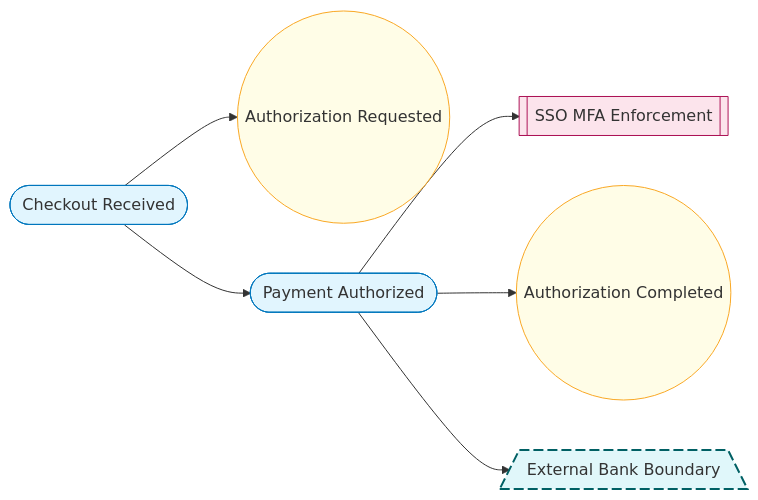
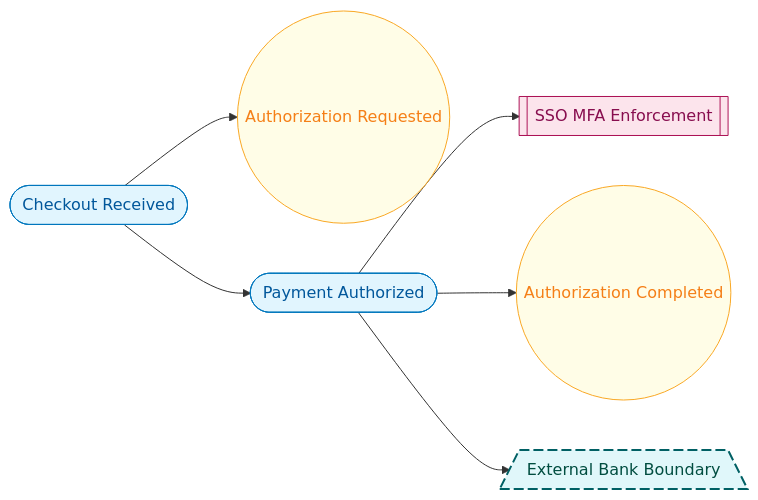
Before and after one commit to labeth/engineering-model-go: the diagram in examples/payments-engineering-sample/generated/VIEW-STATE-LIFECYCLE.mmd, drawn with Mermaid. The commit also changed 66 other files, not shown here.

Commit message:
Add first-class architecture decision records

```diff
--- a/examples/payments-engineering-sample/generated/VIEW-STATE-LIFECYCLE.mmd
+++ b/examples/payments-engineering-sample/generated/VIEW-STATE-LIFECYCLE.mmd
@@ -1,28 +1,34 @@
 flowchart LR
 %% view: VIEW-STATE-LIFECYCLE (state-lifecycle)
 N_CTRL_PAYMENTS_SSO_MFA[["SSO MFA Enforcement"]]:::control
 N_EVT_PAYMENTS_AUTH_COMPLETED(("Authorization Completed")):::event
 N_EVT_PAYMENTS_AUTH_REQUESTED(("Authorization Requested")):::event
 N_STATE_PAYMENTS_AUTHORIZED(["Payment Authorized"]):::state
 N_STATE_PAYMENTS_CHECKOUT_RECEIVED(["Checkout Received"]):::state
 N_TB_PAYMENTS_EXTERNAL_BANK[/"External Bank Boundary"\]:::trust_boundary
 N_STATE_PAYMENTS_AUTHORIZED --> N_CTRL_PAYMENTS_SSO_MFA
 N_STATE_PAYMENTS_AUTHORIZED --> N_EVT_PAYMENTS_AUTH_COMPLETED
 N_STATE_PAYMENTS_AUTHORIZED --> N_TB_PAYMENTS_EXTERNAL_BANK
 N_STATE_PAYMENTS_CHECKOUT_RECEIVED --> N_EVT_PAYMENTS_AUTH_REQUESTED
 N_STATE_PAYMENTS_CHECKOUT_RECEIVED --> N_STATE_PAYMENTS_AUTHORIZED
-classDef functional_group fill:#e8f5e9,stroke:#1b5e20,stroke-width:1px;
-classDef functional_unit fill:#e3f2fd,stroke:#0d47a1,stroke-width:1px;
-classDef actor fill:#fff8e1,stroke:#ef6c00,stroke-width:1px;
-classDef attack_vector fill:#ffebee,stroke:#b71c1c,stroke-width:1px;
-classDef referenced_element fill:#f3e5f5,stroke:#6a1b9a,stroke-width:1px;
-classDef interface fill:#e8f5e9,stroke:#2e7d32,stroke-width:2px,stroke-dasharray: 6 3;
-classDef data_object fill:#fff3e0,stroke:#ef6c00,stroke-width:2px,stroke-dasharray: 2 2;
-classDef deployment_target fill:#ede7f6,stroke:#5e35b1,stroke-width:1px;
-classDef control fill:#fce4ec,stroke:#ad1457,stroke-width:1px;
-classDef trust_boundary fill:#e0f7fa,stroke:#006064,stroke-width:2px,stroke-dasharray: 10 4;
-classDef state fill:#e1f5fe,stroke:#0277bd,stroke-width:1px;
-classDef event fill:#fffde7,stroke:#f9a825,stroke-width:1px;
-classDef flow fill:#ede7f6,stroke:#4527a0,stroke-width:2px;
-classDef flow_step fill:#f1f8e9,stroke:#33691e,stroke-width:2px;
-classDef unknown fill:#ffffff,stroke:#adb5bd,stroke-width:1px;
+classDef system_boundary fill:#f5f5f5,stroke:#424242,stroke-width:2px,color:#212121;
+classDef functional_group fill:#e8f5e9,stroke:#1b5e20,stroke-width:1px,color:#1b5e20;
+classDef functional_unit fill:#e3f2fd,stroke:#0d47a1,stroke-width:1px,color:#0d47a1;
+classDef actor fill:#fff8e1,stroke:#ef6c00,stroke-width:1px,color:#bf360c;
+classDef attack_vector fill:#ffebee,stroke:#b71c1c,stroke-width:1px,color:#7f0000;
+classDef referenced_element fill:#f3e5f5,stroke:#6a1b9a,stroke-width:1px,color:#4a148c;
+classDef interface fill:#e8f5e9,stroke:#2e7d32,stroke-width:2px,stroke-dasharray: 6 3,color:#1b5e20;
+classDef data_object fill:#fff3e0,stroke:#ef6c00,stroke-width:2px,stroke-dasharray: 2 2,color:#e65100;
+classDef deployment_target fill:#ede7f6,stroke:#5e35b1,stroke-width:1px,color:#4527a0;
+classDef control fill:#fce4ec,stroke:#ad1457,stroke-width:1px,color:#880e4f;
+classDef trust_boundary fill:#e0f7fa,stroke:#006064,stroke-width:2px,stroke-dasharray: 10 4,color:#004d40;
+classDef state fill:#e1f5fe,stroke:#0277bd,stroke-width:1px,color:#01579b;
+classDef event fill:#fffde7,stroke:#f9a825,stroke-width:1px,color:#f57f17;
+classDef flow fill:#ede7f6,stroke:#4527a0,stroke-width:2px,color:#311b92;
+classDef flow_step fill:#f1f8e9,stroke:#33691e,stroke-width:2px,color:#1b5e20;
+classDef requirement fill:#fffde7,stroke:#f9a825,stroke-width:1px,color:#7f6000;
+classDef verification fill:#fce4ec,stroke:#ad1457,stroke-width:1px,color:#880e4f;
+classDef runtime_element fill:#b2ebf2,stroke:#00838f,stroke-width:1px,color:#006064;
+classDef deployment_element fill:#d7ccc8,stroke:#4e342e,stroke-width:1px,color:#2f1b14;
+classDef code_element fill:#eceff1,stroke:#37474f,stroke-width:1px,color:#263238;
+classDef unknown fill:#ffffff,stroke:#adb5bd,stroke-width:1px,color:#4f5b62;
```
